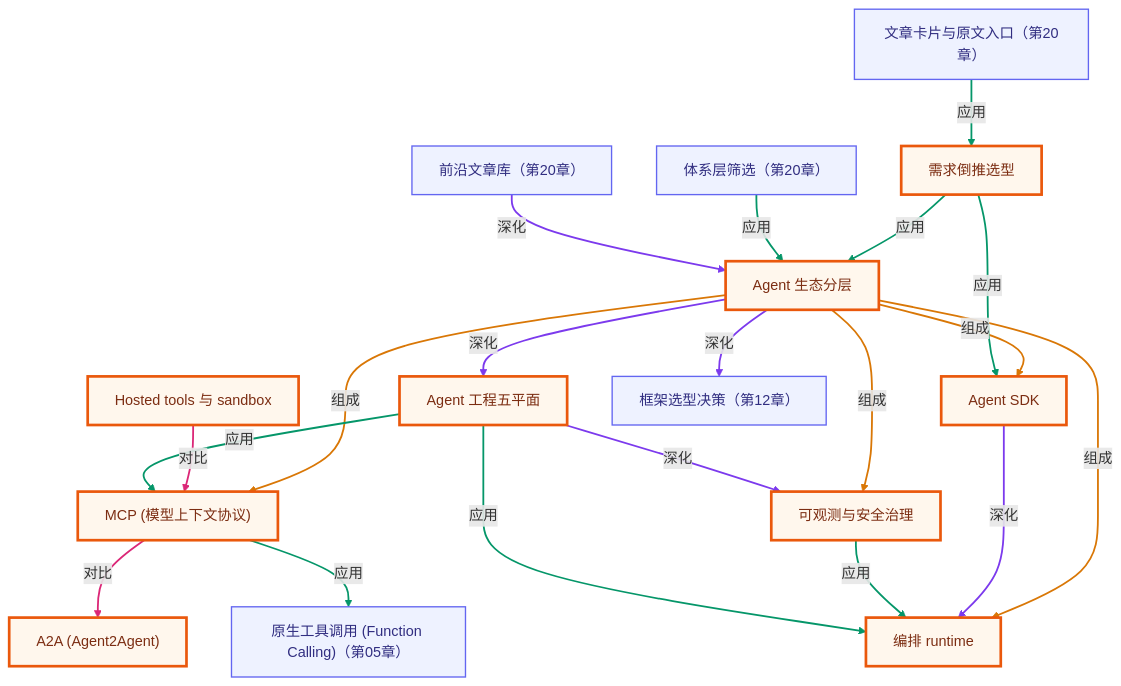
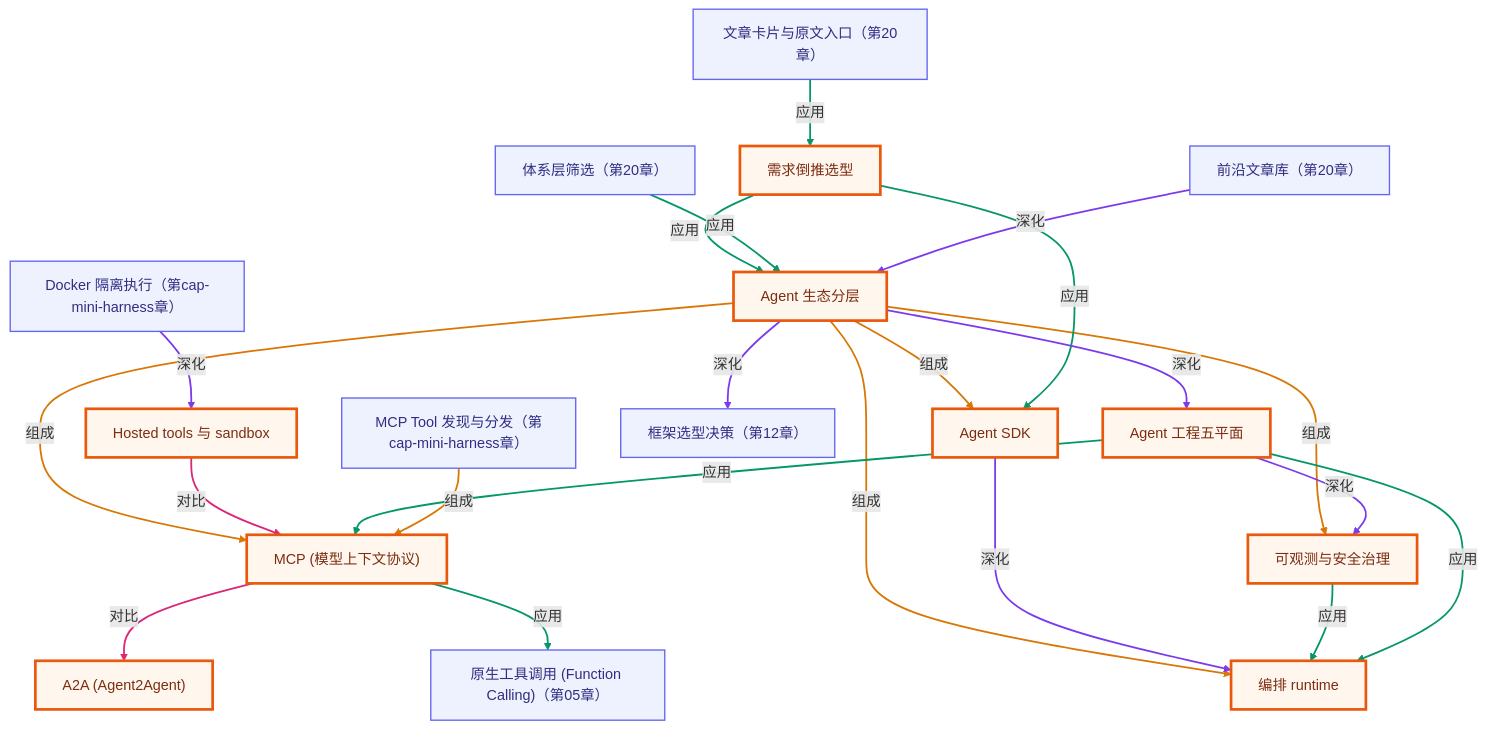
Before and after one commit to songuu/agent: the fourth of 4 diagrams in lessons/19-agent-ecosystem-and-frontier/README.md, drawn with Mermaid. The commit also changed other lines of this file and 6 other files, not shown here.

First line of the commit message:
feat(mini-agent-harness): enhance documentation and knowledge graph integration

````diff
--- a/lessons/19-agent-ecosystem-and-frontier/README.md
+++ b/lessons/19-agent-ecosystem-and-frontier/README.md
@@ -455,59 +455,65 @@
 ```mermaid
 graph TB
   classDef own fill:#fff7ed,stroke:#ea580c,stroke-width:3px,color:#7c2d12;
   classDef cross fill:#eef2ff,stroke:#6366f1,stroke-width:1.5px,color:#312e81;
   n_c19_ecosystem_layers["Agent 生态分层"]
   n_c19_five_plane_architecture["Agent 工程五平面"]
   n_c19_mcp["MCP (模型上下文协议)"]
   n_c19_a2a["A2A (Agent2Agent)"]
   n_c19_agent_sdk["Agent SDK"]
   n_c19_orchestration_runtime["编排 runtime"]
   n_c19_hosted_tools["Hosted tools 与 sandbox"]
   n_c19_stack_selection["需求倒推选型"]
   n_c19_governance["可观测与安全治理"]
   n_c20_layer_filter["体系层筛选（第20章）"]
   n_c20_article_detail["文章卡片与原文入口（第20章）"]
   n_c12_framework_choice["框架选型决策（第12章）"]
   n_c05_native_tool_use["原生工具调用 (Function Calling)（第05章）"]
   n_c20_news_archive["前沿文章库（第20章）"]
+  n_cmh_mcp["MCP Tool 发现与分发（第cap-mini-harness章）"]
+  n_cmh_sandbox["Docker 隔离执行（第cap-mini-harness章）"]
   n_c19_ecosystem_layers -->|组成| n_c19_mcp
   n_c19_ecosystem_layers -->|组成| n_c19_agent_sdk
   n_c19_ecosystem_layers -->|组成| n_c19_orchestration_runtime
   n_c19_ecosystem_layers -->|组成| n_c19_governance
   n_c19_mcp -->|对比| n_c19_a2a
   n_c19_agent_sdk -->|深化| n_c19_orchestration_runtime
   n_c19_hosted_tools -->|对比| n_c19_mcp
   n_c19_stack_selection -->|应用| n_c19_ecosystem_layers
   n_c19_stack_selection -->|应用| n_c19_agent_sdk
   n_c19_governance -->|应用| n_c19_orchestration_runtime
   n_c19_ecosystem_layers -->|深化| n_c19_five_plane_architecture
   n_c19_five_plane_architecture -->|应用| n_c19_orchestration_runtime
   n_c19_five_plane_architecture -->|应用| n_c19_mcp
   n_c19_five_plane_architecture -->|深化| n_c19_governance
   n_c20_layer_filter -->|应用| n_c19_ecosystem_layers
   n_c20_article_detail -->|应用| n_c19_stack_selection
   n_c19_ecosystem_layers -->|深化| n_c12_framework_choice
   n_c19_mcp -->|应用| n_c05_native_tool_use
   n_c20_news_archive -->|深化| n_c19_ecosystem_layers
+  n_cmh_mcp -->|组成| n_c19_mcp
+  n_cmh_sandbox -->|深化| n_c19_hosted_tools
   class n_c19_ecosystem_layers,n_c19_five_plane_architecture,n_c19_mcp,n_c19_a2a,n_c19_agent_sdk,n_c19_orchestration_runtime,n_c19_hosted_tools,n_c19_stack_selection,n_c19_governance own;
-  class n_c20_layer_filter,n_c20_article_detail,n_c12_framework_choice,n_c05_native_tool_use,n_c20_news_archive cross;
+  class n_c20_layer_filter,n_c20_article_detail,n_c12_framework_choice,n_c05_native_tool_use,n_c20_news_archive,n_cmh_mcp,n_cmh_sandbox cross;
   linkStyle 0 stroke:#d97706,stroke-width:2px;
   linkStyle 1 stroke:#d97706,stroke-width:2px;
   linkStyle 2 stroke:#d97706,stroke-width:2px;
   linkStyle 3 stroke:#d97706,stroke-width:2px;
   linkStyle 4 stroke:#db2777,stroke-width:2px;
   linkStyle 5 stroke:#7c3aed,stroke-width:2px;
   linkStyle 6 stroke:#db2777,stroke-width:2px;
   linkStyle 7 stroke:#059669,stroke-width:2px;
   linkStyle 8 stroke:#059669,stroke-width:2px;
   linkStyle 9 stroke:#059669,stroke-width:2px;
   linkStyle 10 stroke:#7c3aed,stroke-width:2px;
   linkStyle 11 stroke:#059669,stroke-width:2px;
   linkStyle 12 stroke:#059669,stroke-width:2px;
   linkStyle 13 stroke:#7c3aed,stroke-width:2px;
   linkStyle 14 stroke:#059669,stroke-width:2px;
   linkStyle 15 stroke:#059669,stroke-width:2px;
   linkStyle 16 stroke:#7c3aed,stroke-width:2px;
   linkStyle 17 stroke:#059669,stroke-width:2px;
   linkStyle 18 stroke:#7c3aed,stroke-width:2px;
+  linkStyle 19 stroke:#d97706,stroke-width:2px;
+  linkStyle 20 stroke:#7c3aed,stroke-width:2px;
 ```
````
